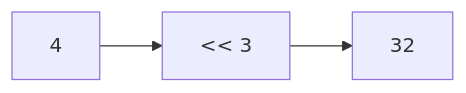
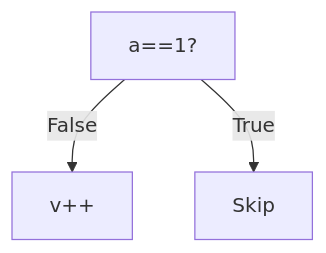
Before and after one commit to amnahwaida/OSNK_INF_PREP: the third of 25 diagrams in part-c-pemahaman-cpp/06-bitwise/latihan/set-03.md, drawn with Mermaid. The commit also changed other lines of this file and 71 other files, not shown here.

````diff
--- a/part-c-pemahaman-cpp/06-bitwise/latihan/set-03.md
+++ b/part-c-pemahaman-cpp/06-bitwise/latihan/set-03.md
@@ -173,5 +85,5 @@
 ```mermaid
-graph LR
-    A[4] --> B["<< 3"]
-    B --> C[32]
+graph TD
+A[a==1?] -- False --> B[v++]
+A -- True --> C[Skip]
 ```
````
